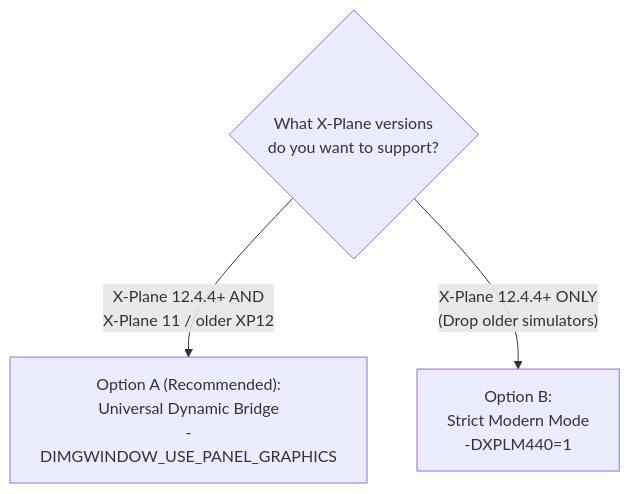
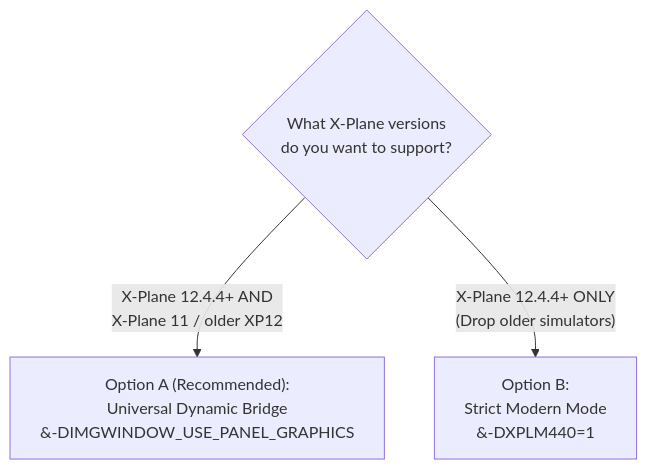
The second of 2 diagrams in docs/how-to/Get-Started-With-ImgWindow.md (slgoldberg/ImgWindow), drawn with Mermaid before and after one commit. The commit also changed other lines of this file and 1 other file, not shown here.

Commit message:
docs: clarify CMake in-situ vs manual steps and fix Mermaid hyphen wrapping

````diff
--- a/docs/how-to/Get-Started-With-ImgWindow.md
+++ b/docs/how-to/Get-Started-With-ImgWindow.md
@@ -195,7 +208,7 @@
 ```mermaid
 flowchart TD
     Decision{"What X-Plane versions\ndo you want to support?"}
 
-    Decision -->|"X-Plane 12.4.4+ AND\nX-Plane 11 / older XP12"| PathA["Option A (Recommended):\nUniversal Dynamic Bridge\n-DIMGWINDOW_USE_PANEL_GRAPHICS"]
-    Decision -->|"X-Plane 12.4.4+ ONLY\n(Drop older simulators)"| PathB["Option B:\nStrict Modern Mode\n-DXPLM440=1"]
+    Decision -->|"X-Plane 12.4.4+ AND\nX-Plane 11 / older XP12"| PathA["Option A (Recommended):\nUniversal Dynamic Bridge\n&#8209;DIMGWINDOW_USE_PANEL_GRAPHICS"]
+    Decision -->|"X-Plane 12.4.4+ ONLY\n(Drop older simulators)"| PathB["Option B:\nStrict Modern Mode\n&#8209;DXPLM440=1"]
 ```
````
